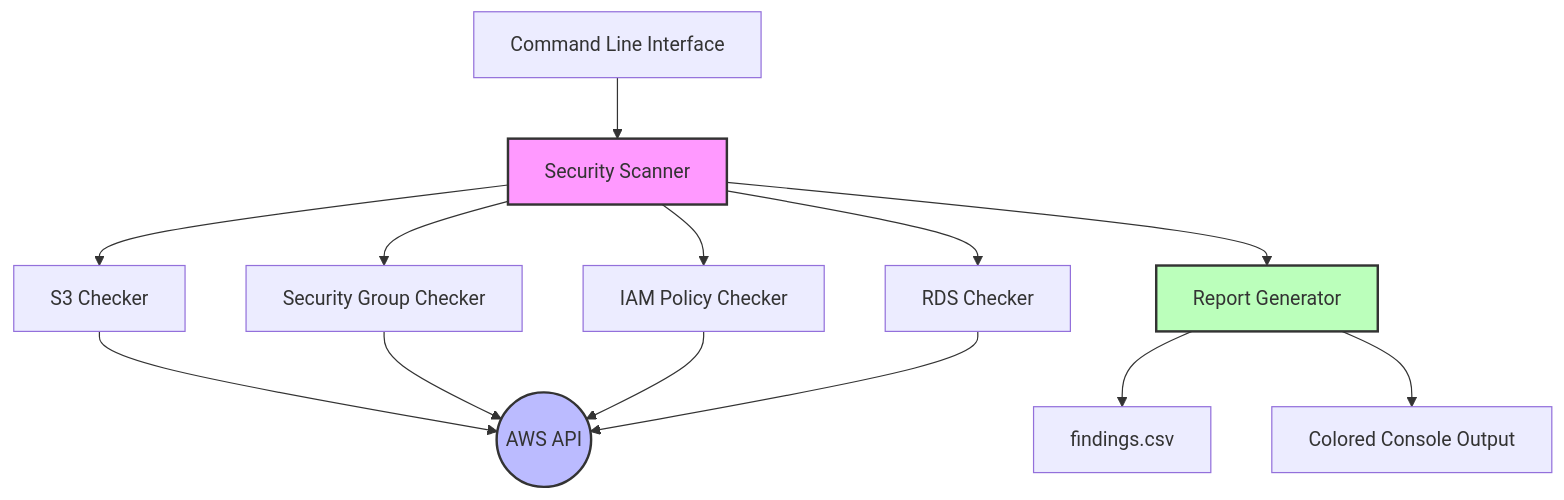
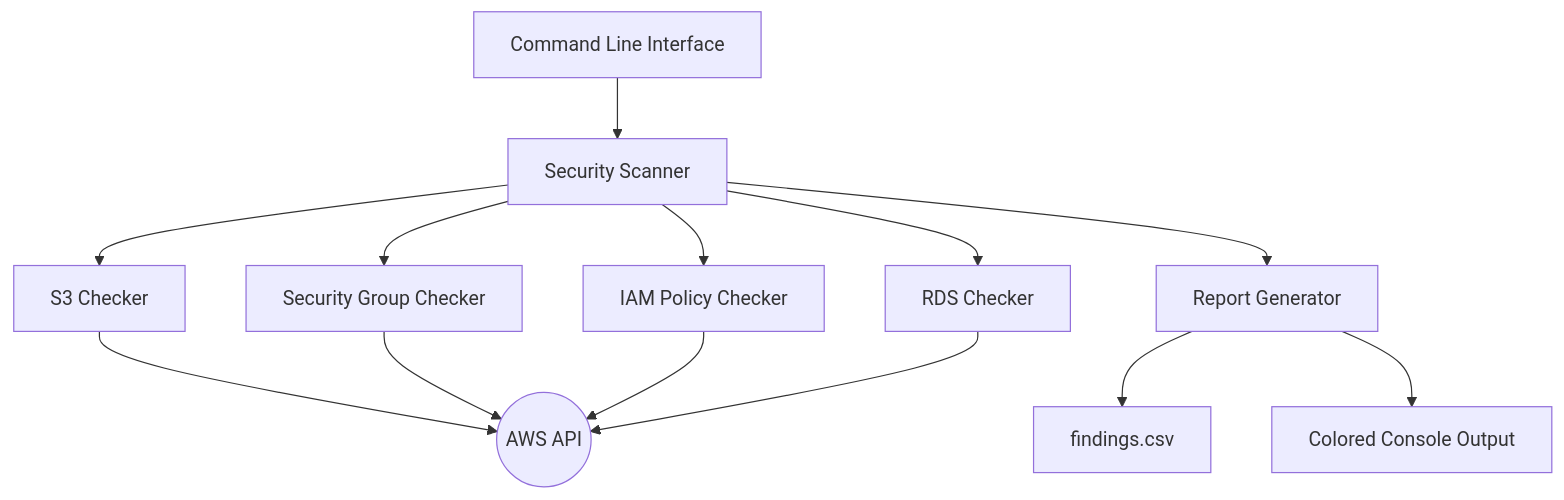
One commit to moelhaj996/Automated-AWS-Security-Scanner changed the first of 2 diagrams in README.md. Above: the diagram before and after it, drawn with Mermaid. The commit also changed other lines of this file, not shown here.

````diff
--- a/README.md
+++ b/README.md
@@ -40,21 +62,17 @@
 ```mermaid
 graph TB
     CLI[Command Line Interface] --> Scanner[Security Scanner]
     Scanner --> S3[S3 Checker]
     Scanner --> EC2[Security Group Checker]
     Scanner --> IAM[IAM Policy Checker]
     Scanner --> RDS[RDS Checker]
     
     S3 --> AWS((AWS API))
     EC2 --> AWS
     IAM --> AWS
     RDS --> AWS
     
     Scanner --> Report[Report Generator]
     Report --> CSV[findings.csv]
     Report --> Console[Colored Console Output]
-
-    style Scanner fill:#f9f,stroke:#333,stroke-width:2px
-    style AWS fill:#bbf,stroke:#333,stroke-width:2px
-    style Report fill:#bfb,stroke:#333,stroke-width:2px
 ```
````
